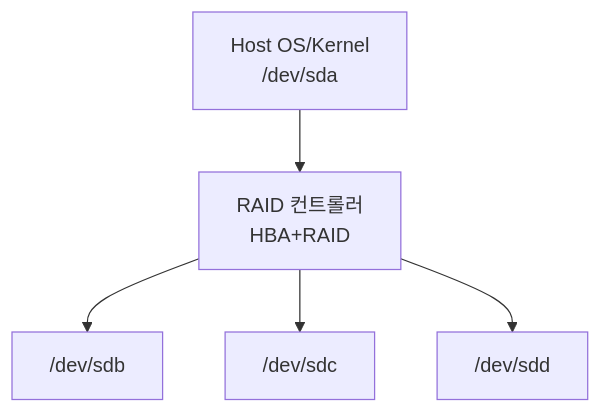
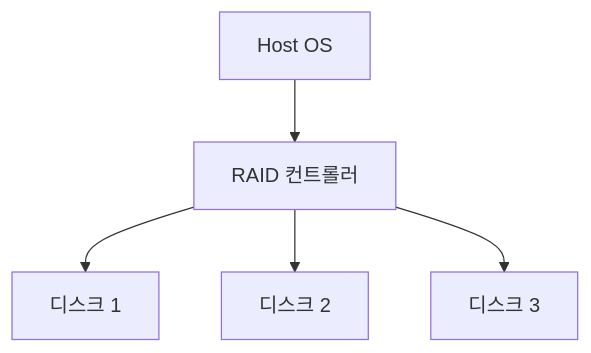
Before and after one commit to moonblueblue/devops-wiki: the first of 2 diagrams in content/linux/filesystem-storage/raid.md, drawn with Mermaid. The commit also changed other lines of this file and 37 other files, not shown here.

First line of the commit message:
style: linux 카테고리 ASCII 도표·Mermaid 라벨 형식 교정

````diff
--- a/content/linux/filesystem-storage/raid.md
+++ b/content/linux/filesystem-storage/raid.md
@@ -317,13 +309,13 @@
 ```mermaid
 graph TD
-    HOST["Host OS/Kernel\n/dev/sda"]
-    CTRL["RAID 컨트롤러\nHBA+RAID"]
-    SDB["/dev/sdb"]
-    SDC["/dev/sdc"]
-    SDD["/dev/sdd"]
+    HOST["Host OS"]
+    CTRL["RAID 컨트롤러"]
+    SDB["디스크 1"]
+    SDC["디스크 2"]
+    SDD["디스크 3"]
 
     HOST --> CTRL
     CTRL --> SDB
     CTRL --> SDC
     CTRL --> SDD
 ```
````
